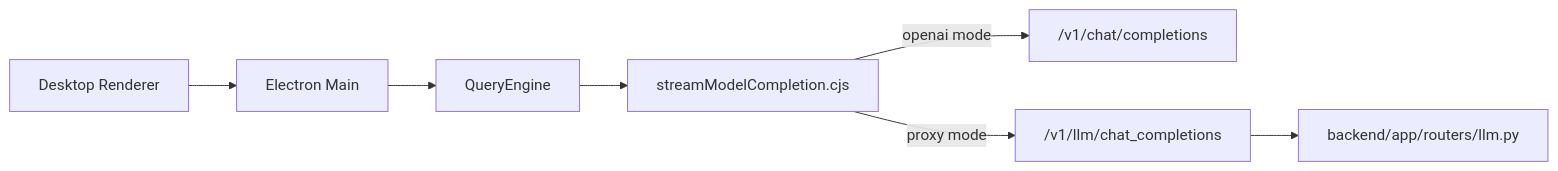
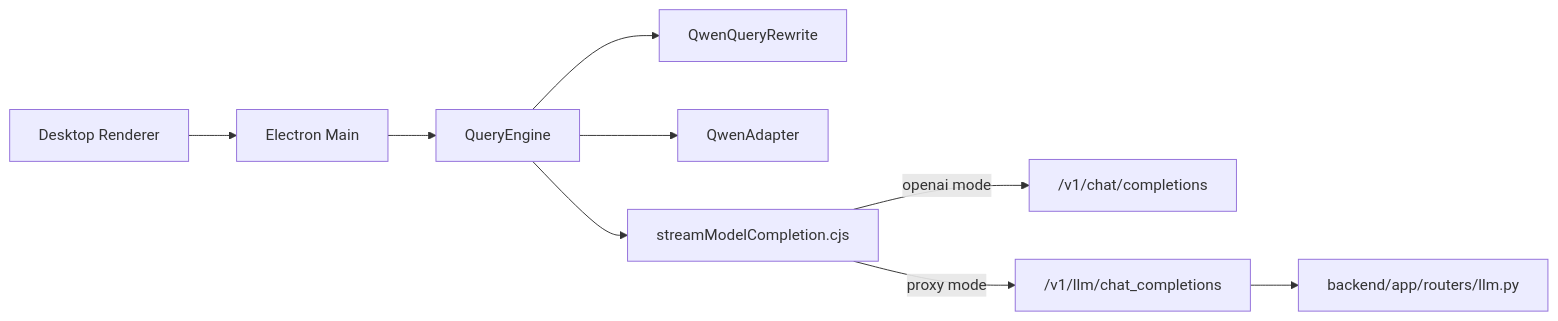
The diagram in docs/02-design/LLM서빙_상세_설계.md (needitem/pixllm), drawn with Mermaid before and after one commit. The commit also changed other lines of this file and 12 other files, not shown here.

````diff
--- a/docs/02-design/LLM서빙_상세_설계.md
+++ b/docs/02-design/LLM서빙_상세_설계.md
@@ -14,9 +16,11 @@
 ```mermaid
 flowchart LR
     UI["Desktop Renderer"] --> MAIN["Electron Main"]
     MAIN --> QE["QueryEngine"]
+    QE --> RW["QwenQueryRewrite"]
+    QE --> QA["QwenAdapter"]
     QE --> CLIENT["streamModelCompletion.cjs"]
     CLIENT -->|openai mode| OA["/v1/chat/completions"]
     CLIENT -->|proxy mode| API["/v1/llm/chat_completions"]
     API --> ROUTER["backend/app/routers/llm.py"]
 ```
````
